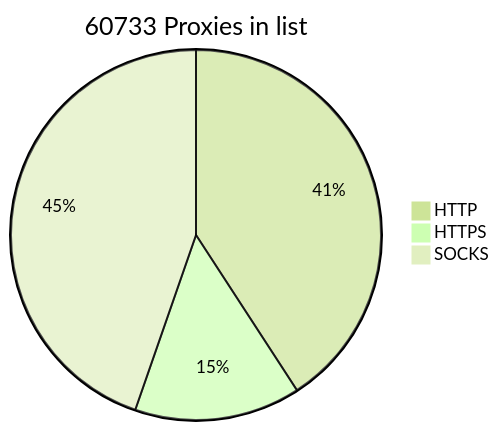
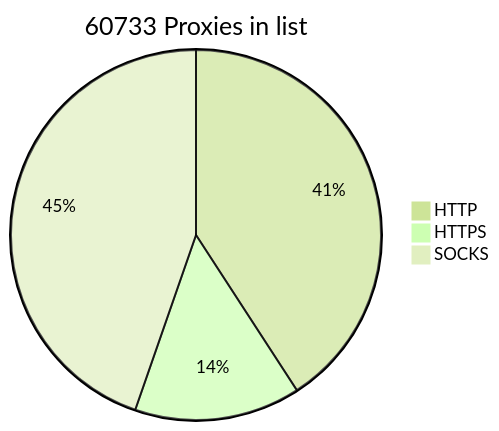
The diagram in README.md (BlackSnowDot/proxylist-update-every-minute), drawn with Mermaid (forest theme) before and after one commit.

````diff
--- a/README.md
+++ b/README.md
@@ -2,6 +2,6 @@
 ```mermaid
 pie title 60733 Proxies in list
-    "HTTP" : 28082
-    "HTTPS": 9975
+    "HTTP" : 28089
+    "HTTPS": 9972
     "SOCKS" : 30734
 ```
````
